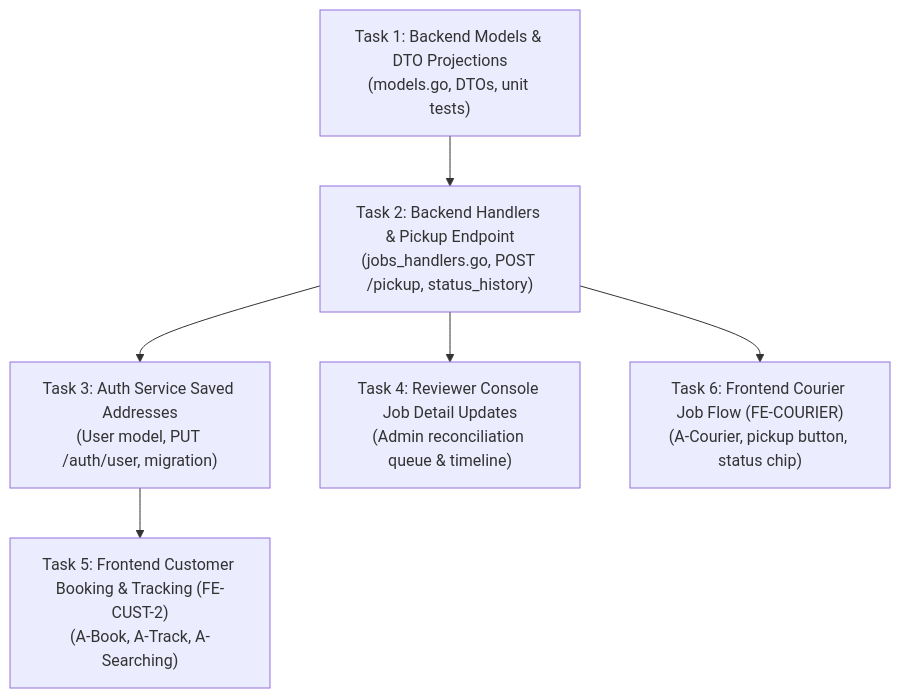
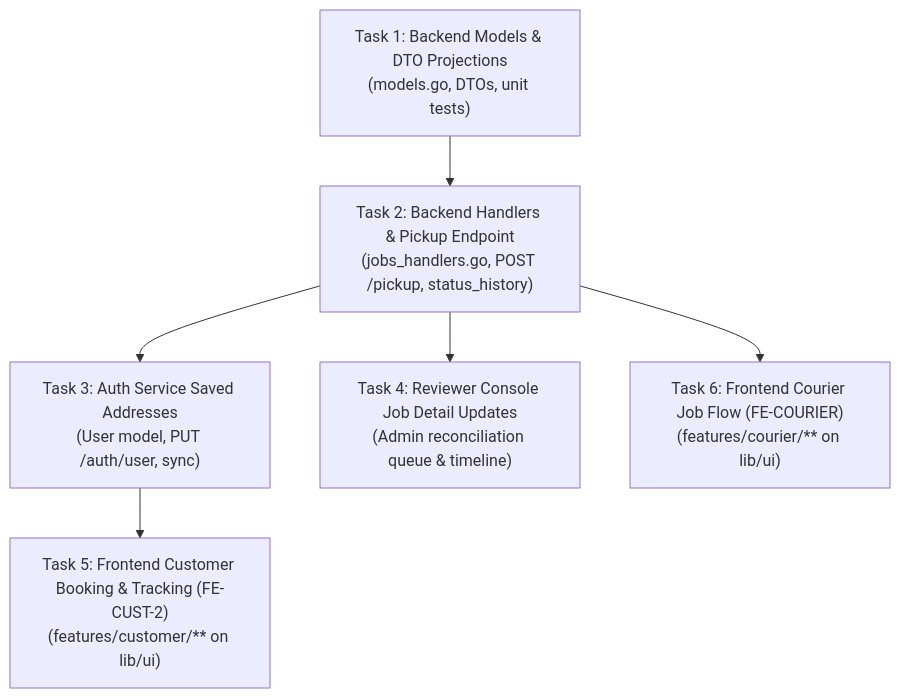
The second of 2 diagrams in docs/adr/0028-job-model-v2.md (omarmaarouf18/saas-core), drawn with Mermaid before and after one commit. The commit also changed other lines of this file, not shown here.

Commit message:
JOB-MODEL-V2-ADR: revise after owner review

````diff
--- a/docs/adr/0028-job-model-v2.md
+++ b/docs/adr/0028-job-model-v2.md
@@ -436,8 +454,8 @@
 ```mermaid
 flowchart TD
     T1["Task 1: Backend Models & DTO Projections<br>(models.go, DTOs, unit tests)"] --> T2["Task 2: Backend Handlers & Pickup Endpoint<br>(jobs_handlers.go, POST /pickup, status_history)"]
-    T2 --> T3["Task 3: Auth Service Saved Addresses<br>(User model, PUT /auth/user, migration)"]
+    T2 --> T3["Task 3: Auth Service Saved Addresses<br>(User model, PUT /auth/user, sync)"]
     T2 --> T4["Task 4: Reviewer Console Job Detail Updates<br>(Admin reconciliation queue & timeline)"]
-    T3 --> T5["Task 5: Frontend Customer Booking & Tracking (FE-CUST-2)<br>(A-Book, A-Track, A-Searching)"]
-    T2 --> T6["Task 6: Frontend Courier Job Flow (FE-COURIER)<br>(A-Courier, pickup button, status chip)"]
+    T3 --> T5["Task 5: Frontend Customer Booking & Tracking (FE-CUST-2)<br>(features/customer/** on lib/ui)"]
+    T2 --> T6["Task 6: Frontend Courier Job Flow (FE-COURIER)<br>(features/courier/** on lib/ui)"]
 ```
````
